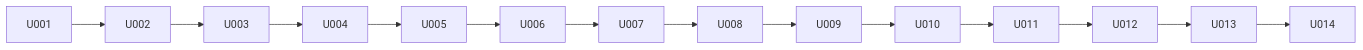
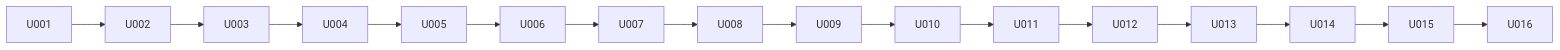
Before and after one commit to kagyuu/DbFAQ: the diagram in docs/P005-impl-plan.md, drawn with Mermaid. The commit also changed other lines of this file and 43 other files, not shown here.

````diff
--- a/docs/P005-impl-plan.md
+++ b/docs/P005-impl-plan.md
@@ -192,4 +218,4 @@
 ```mermaid
 flowchart LR
-  U001 --> U002 --> U003 --> U004 --> U005 --> U006 --> U007 --> U008 --> U009 --> U010 --> U011 --> U012 --> U013 --> U014
+  U001 --> U002 --> U003 --> U004 --> U005 --> U006 --> U007 --> U008 --> U009 --> U010 --> U011 --> U012 --> U013 --> U014 --> U015 --> U016
 ```
````
